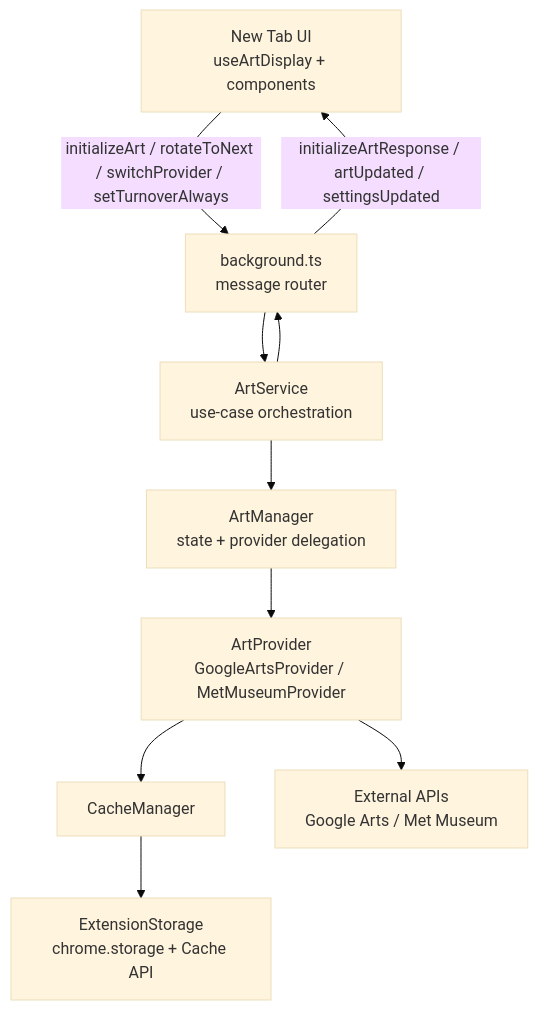
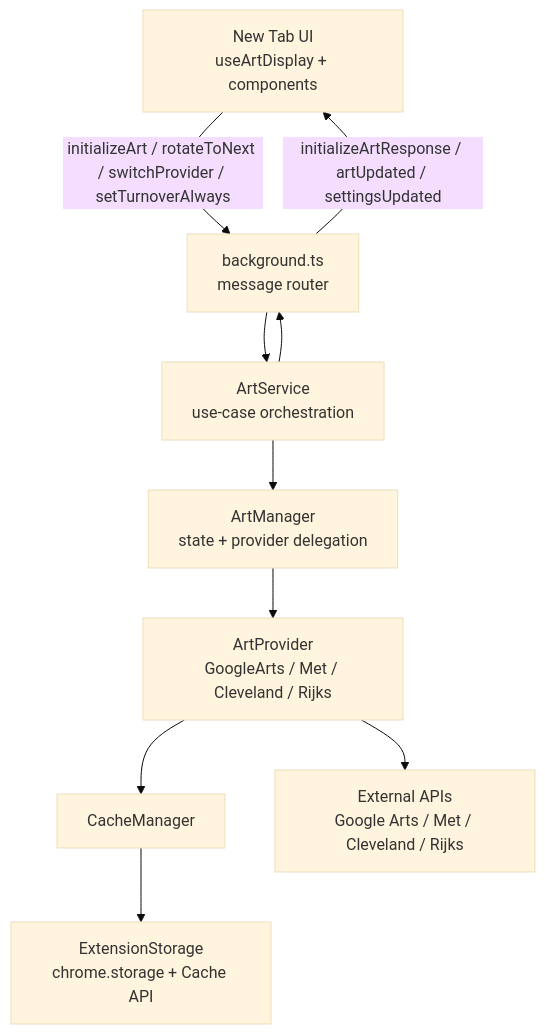
Before and after one commit to aade-sh/arts-culture-firefox-extension: the diagram in README.md, drawn with Mermaid (base theme). The commit also changed other lines of this file and 19 other files, not shown here.

Commit message:
feat: adds rijks and cleveland providers

````diff
--- a/README.md
+++ b/README.md
@@ -107,21 +109,21 @@
 ```mermaid
 flowchart TD
     UI["New Tab UI<br/>useArtDisplay + components"]
     BG["background.ts<br/>message router"]
     SERVICE["ArtService<br/>use-case orchestration"]
     MANAGER["ArtManager<br/>state + provider delegation"]
-    PROVIDER["ArtProvider<br/>GoogleArtsProvider / MetMuseumProvider"]
+    PROVIDER["ArtProvider<br/>GoogleArts / Met / Cleveland / Rijks"]
     CACHE["CacheManager"]
     STORAGE["ExtensionStorage<br/>chrome.storage + Cache API"]
-    API["External APIs<br/>Google Arts / Met Museum"]
+    API["External APIs<br/>Google Arts / Met / Cleveland / Rijks"]
 
     UI -- "initializeArt / rotateToNext / switchProvider / setTurnoverAlways" --> BG
     BG --> SERVICE
     SERVICE --> MANAGER
     MANAGER --> PROVIDER
     PROVIDER --> CACHE
     CACHE --> STORAGE
     PROVIDER --> API
     SERVICE --> BG
     BG -- "initializeArtResponse / artUpdated / settingsUpdated" --> UI
 ```
````
